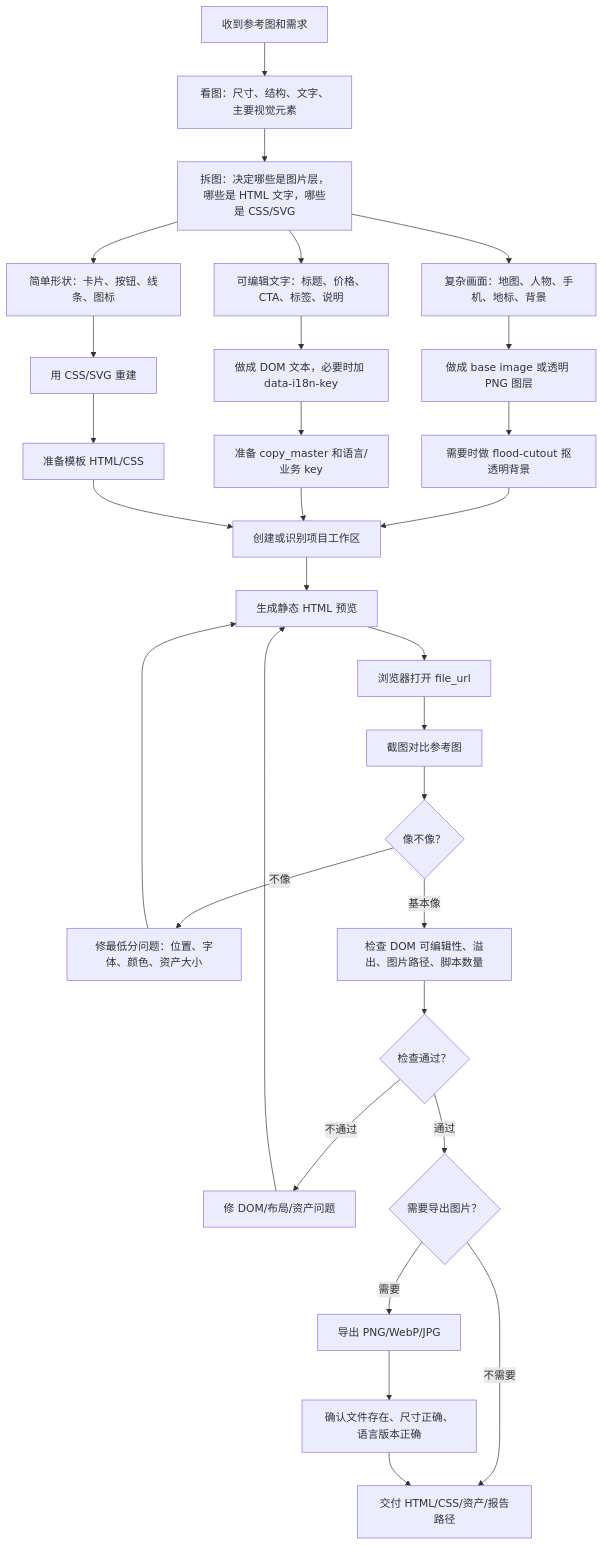
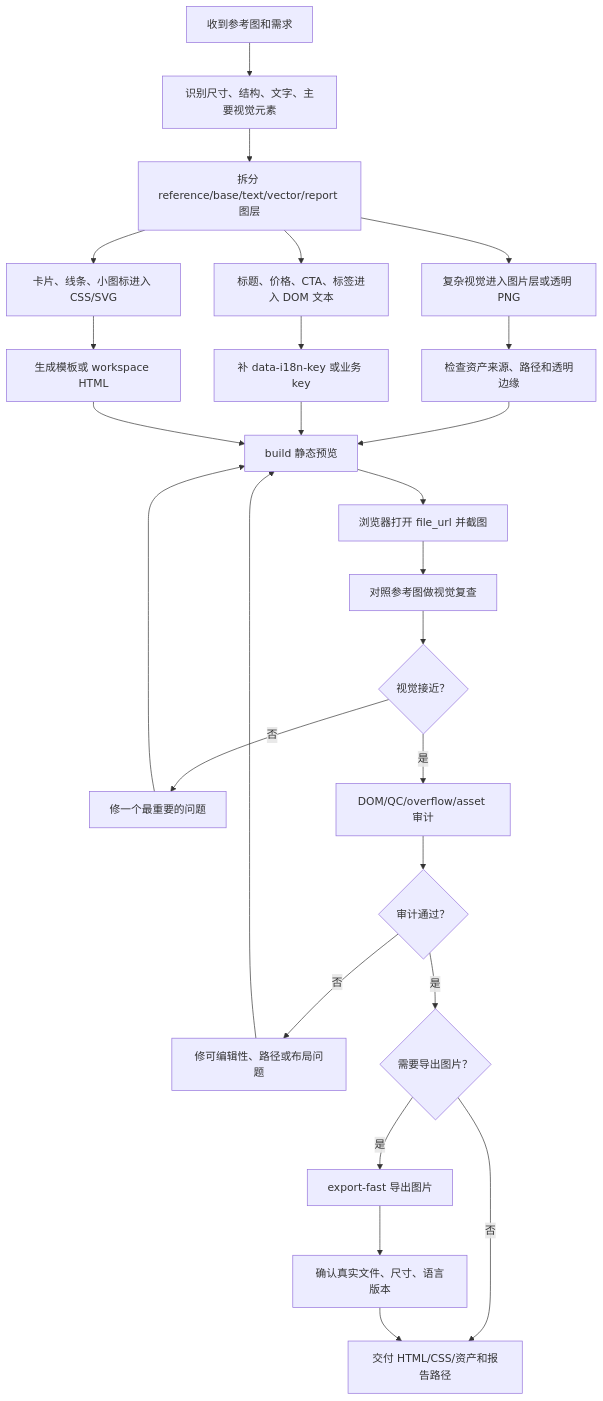
Before and after one commit to meruchan0623/text2html-image: the first of 2 diagrams in README.md, drawn with Mermaid. The commit also changed other lines of this file and 7 other files, not shown here.

````diff
--- a/README.md
+++ b/README.md
@@ -84,41 +170,28 @@
 ```mermaid
 flowchart TD
-    A["收到参考图和需求"] --> B["看图：尺寸、结构、文字、主要视觉元素"]
-    B --> C["拆图：决定哪些是图片层，哪些是 HTML 文字，哪些是 CSS/SVG"]
-
-    C --> D["复杂画面：地图、人物、手机、地标、背景"]
-    C --> E["可编辑文字：标题、价格、CTA、标签、说明"]
-    C --> F["简单形状：卡片、按钮、线条、图标"]
-
-    D --> G["做成 base image 或透明 PNG 图层"]
-    E --> H["做成 DOM 文本，必要时加 data-i18n-key"]
-    F --> I["用 CSS/SVG 重建"]
-
-    G --> J["需要时做 flood-cutout 抠透明背景"]
-    H --> K["准备 copy_master 和语言/业务 key"]
-    I --> L["准备模板 HTML/CSS"]
-
-    J --> M["创建或识别项目工作区"]
-    K --> M
-    L --> M
-
-    M --> N["生成静态 HTML 预览"]
-    N --> O["浏览器打开 file_url"]
-    O --> P["截图对比参考图"]
-    P --> Q{"像不像？"}
-
-    Q -- "不像" --> R["修最低分问题：位置、字体、颜色、资产大小"]
-    R --> N
-
-    Q -- "基本像" --> S["检查 DOM 可编辑性、溢出、图片路径、脚本数量"]
-    S --> T{"检查通过？"}
-
-    T -- "不通过" --> U["修 DOM/布局/资产问题"]
-    U --> N
-
-    T -- "通过" --> V{"需要导出图片？"}
-    V -- "不需要" --> W["交付 HTML/CSS/资产/报告路径"]
-    V -- "需要" --> X["导出 PNG/WebP/JPG"]
-    X --> Y["确认文件存在、尺寸正确、语言版本正确"]
-    Y --> W
+    A["收到参考图和需求"] --> B["识别尺寸、结构、文字、主要视觉元素"]
+    B --> C["拆分 reference/base/text/vector/report 图层"]
+    C --> D["复杂视觉进入图片层或透明 PNG"]
+    C --> E["标题、价格、CTA、标签进入 DOM 文本"]
+    C --> F["卡片、线条、小图标进入 CSS/SVG"]
+    D --> G["检查资产来源、路径和透明边缘"]
+    E --> H["补 data-i18n-key 或业务 key"]
+    F --> I["生成模板或 workspace HTML"]
+    G --> J["build 静态预览"]
+    H --> J
+    I --> J
+    J --> K["浏览器打开 file_url 并截图"]
+    K --> L["对照参考图做视觉复查"]
+    L --> M{"视觉接近？"}
+    M -- "否" --> N["修一个最重要的问题"]
+    N --> J
+    M -- "是" --> O["DOM/QC/overflow/asset 审计"]
+    O --> P{"审计通过？"}
+    P -- "否" --> Q["修可编辑性、路径或布局问题"]
+    Q --> J
+    P -- "是" --> R{"需要导出图片？"}
+    R -- "否" --> S["交付 HTML/CSS/资产和报告路径"]
+    R -- "是" --> T["export-fast 导出图片"]
+    T --> U["确认真实文件、尺寸、语言版本"]
+    U --> S
 ```
````
